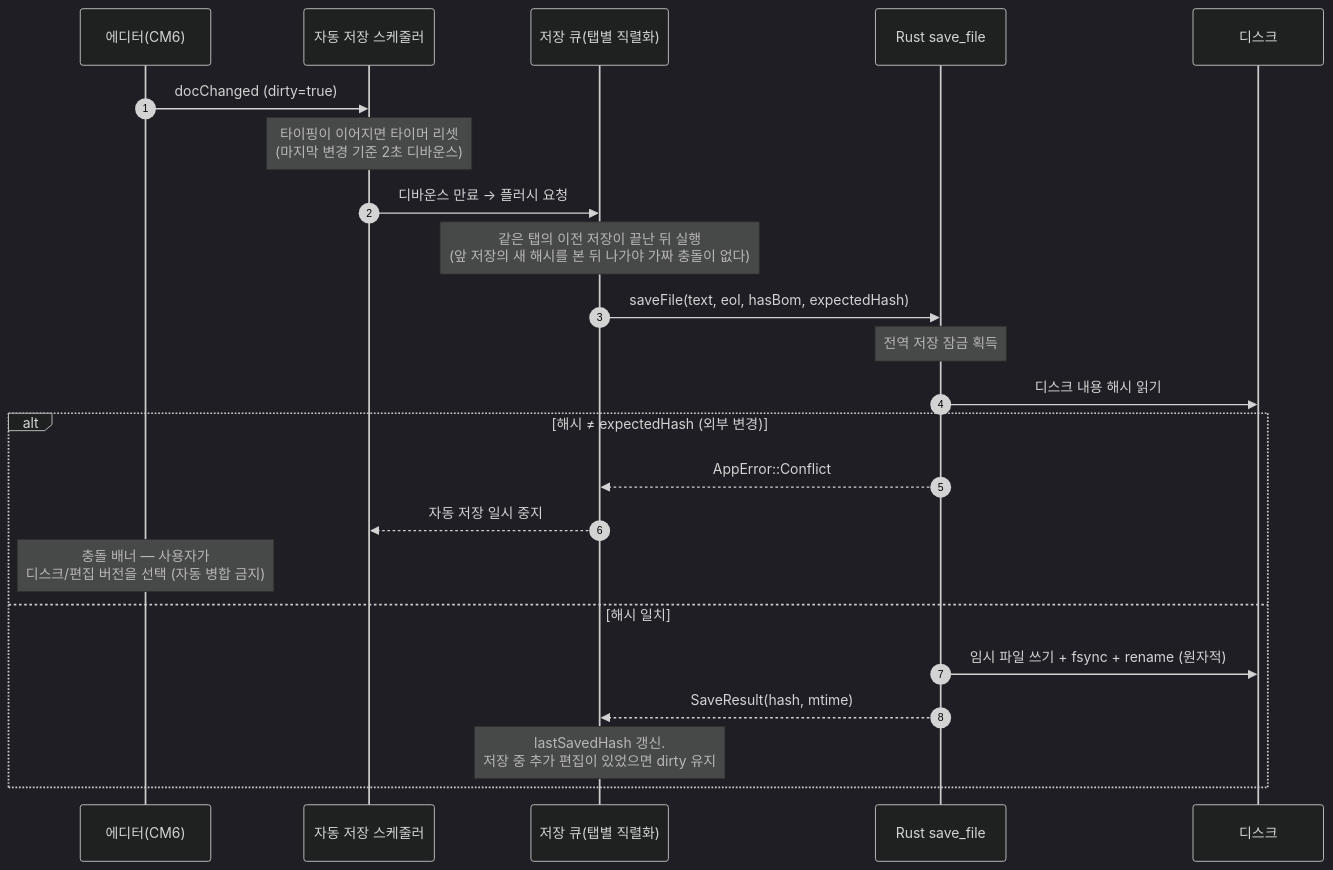
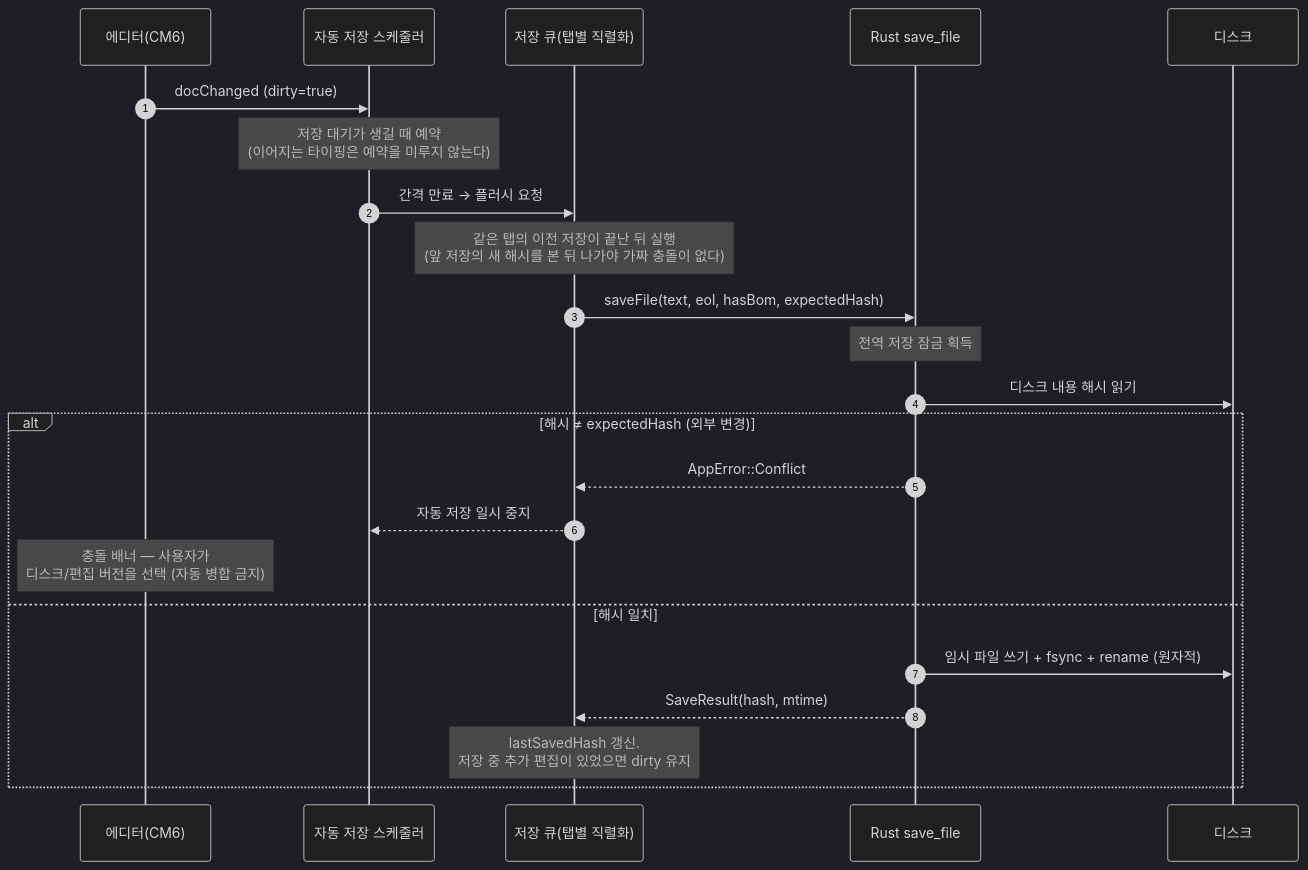
The first of 3 diagrams in .claude/docs/file-lifecycle.md (Bori-github/norii), drawn with Mermaid (dark theme) before and after one commit. The commit also changed other lines of this file and 77 other files, not shown here.

````diff
--- a/.claude/docs/file-lifecycle.md
+++ b/.claude/docs/file-lifecycle.md
@@ -36,26 +37,26 @@
 ```mermaid
 sequenceDiagram
     autonumber
     participant E as 에디터(CM6)
     participant S as 자동 저장 스케줄러
     participant Q as 저장 큐(탭별 직렬화)
     participant R as Rust save_file
     participant D as 디스크
 
     E->>S: docChanged (dirty=true)
-    Note over S: 타이핑이 이어지면 타이머 리셋<br/>(마지막 변경 기준 2초 디바운스)
-    S->>Q: 디바운스 만료 → 플러시 요청
+    Note over S: 저장 대기가 생길 때 예약<br/>(이어지는 타이핑은 예약을 미루지 않는다)
+    S->>Q: 간격 만료 → 플러시 요청
     Note over Q: 같은 탭의 이전 저장이 끝난 뒤 실행<br/>(앞 저장의 새 해시를 본 뒤 나가야 가짜 충돌이 없다)
     Q->>R: saveFile(text, eol, hasBom, expectedHash)
     Note over R: 전역 저장 잠금 획득
     R->>D: 디스크 내용 해시 읽기
     alt 해시 ≠ expectedHash (외부 변경)
         R-->>Q: AppError::Conflict
         Q-->>S: 자동 저장 일시 중지
         Note over E: 충돌 배너 — 사용자가<br/>디스크/편집 버전을 선택 (자동 병합 금지)
     else 해시 일치
         R->>D: 임시 파일 쓰기 + fsync + rename (원자적)
         R-->>Q: SaveResult(hash, mtime)
         Note over Q: lastSavedHash 갱신.<br/>저장 중 추가 편집이 있었으면 dirty 유지
     end
 ```
````
